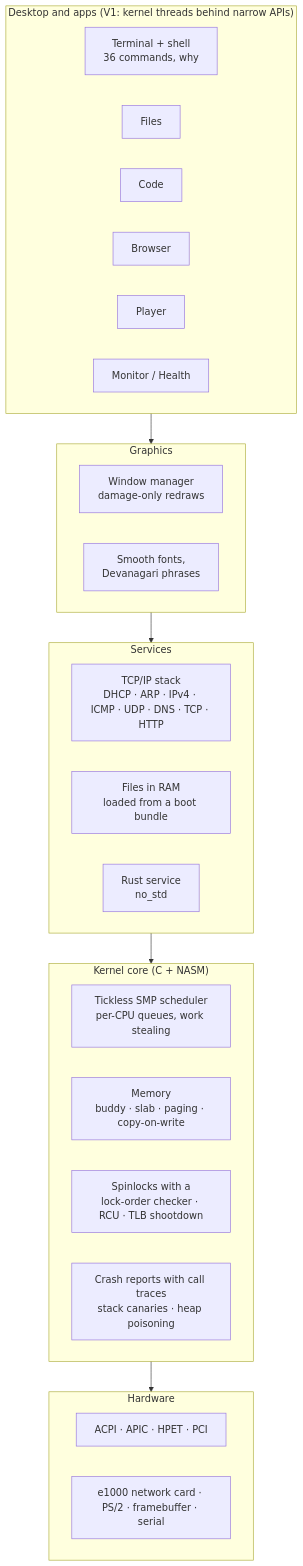
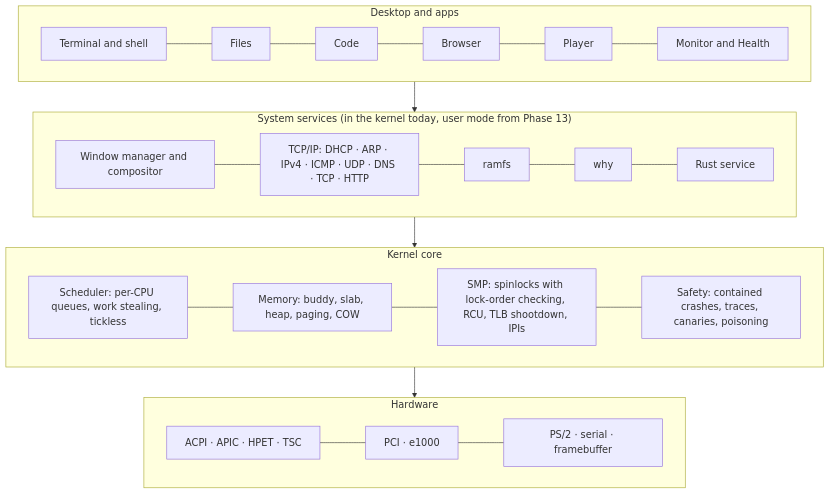
The first of 3 diagrams in README.md (Siddhesh-source/NexusOS--a-custom-operating-system), drawn with Mermaid before and after one commit. The commit also changed other lines of this file and 2 other files, not shown here.

First line of the commit message:
docs: present the whole system in the readme and project overview

````diff
--- a/README.md
+++ b/README.md
@@ -59,36 +58,20 @@
 ```mermaid
 flowchart TB
-    subgraph APPS["Desktop and apps (V1: kernel threads behind narrow APIs)"]
+    subgraph APPS["Desktop and apps"]
         direction LR
-        T[Terminal + shell<br/>36 commands, why]
-        F[Files]
-        C[Code]
-        B[Browser]
-        P[Player]
-        M[Monitor / Health]
+        A1[Terminal and shell] --- A2[Files] --- A3[Code] --- A4[Browser] --- A5[Player] --- A6[Monitor and Health]
     end
-    subgraph UI["Graphics"]
+    subgraph SYS["System services (in the kernel today, user mode from Phase 13)"]
         direction LR
-        WM[Window manager<br/>damage-only redraws]
-        G[Smooth fonts,<br/>Devanagari phrases]
+        S1[Window manager and compositor] --- S2["TCP/IP: DHCP · ARP · IPv4 · ICMP · UDP · DNS · TCP · HTTP"] --- S3[ramfs] --- S4[why] --- S5[Rust service]
     end
-    subgraph SVC["Services"]
+    subgraph CORE["Kernel core"]
         direction LR
-        NET[TCP/IP stack<br/>DHCP · ARP · IPv4 · ICMP · UDP · DNS · TCP · HTTP]
-        FS[Files in RAM<br/>loaded from a boot bundle]
-        RS[Rust service<br/>no_std]
-    end
-    subgraph K["Kernel core (C + NASM)"]
-        direction LR
-        SCH[Tickless SMP scheduler<br/>per-CPU queues, work stealing]
-        MM[Memory<br/>buddy · slab · paging · copy-on-write]
-        SMP[Spinlocks with a<br/>lock-order checker · RCU · TLB shootdown]
-        DBG[Crash reports with call traces<br/>stack canaries · heap poisoning]
+        K1["Scheduler: per-CPU queues, work stealing, tickless"] --- K2["Memory: buddy, slab, heap, paging, COW"] --- K3["SMP: spinlocks with lock-order checking, RCU, TLB shootdown, IPIs"] --- K4["Safety: contained crashes, traces, canaries, poisoning"]
     end
     subgraph HW["Hardware"]
         direction LR
-        H1[ACPI · APIC · HPET · PCI]
-        H2[e1000 network card · PS/2 · framebuffer · serial]
+        H1[ACPI · APIC · HPET · TSC] --- H2[PCI · e1000] --- H3[PS/2 · serial · framebuffer]
     end
-    APPS --> UI --> SVC --> K --> HW
+    APPS --> SYS --> CORE --> HW
 ```
````
